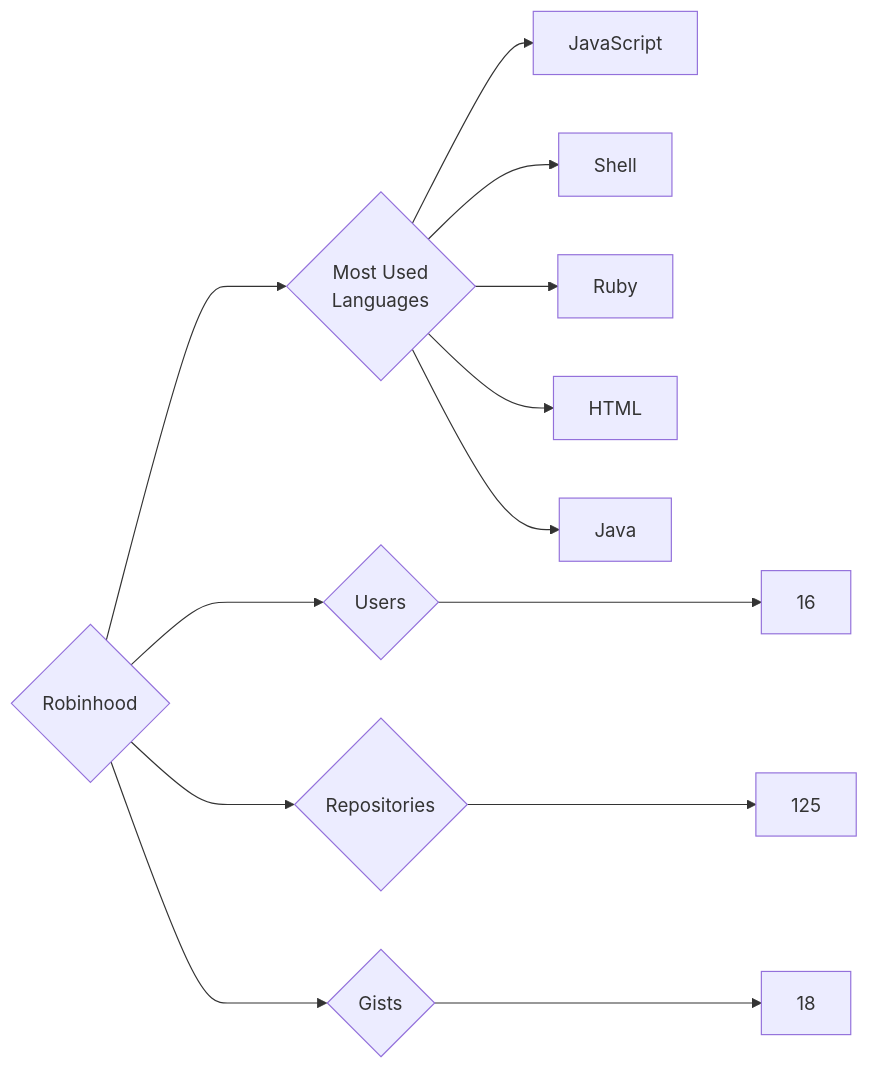
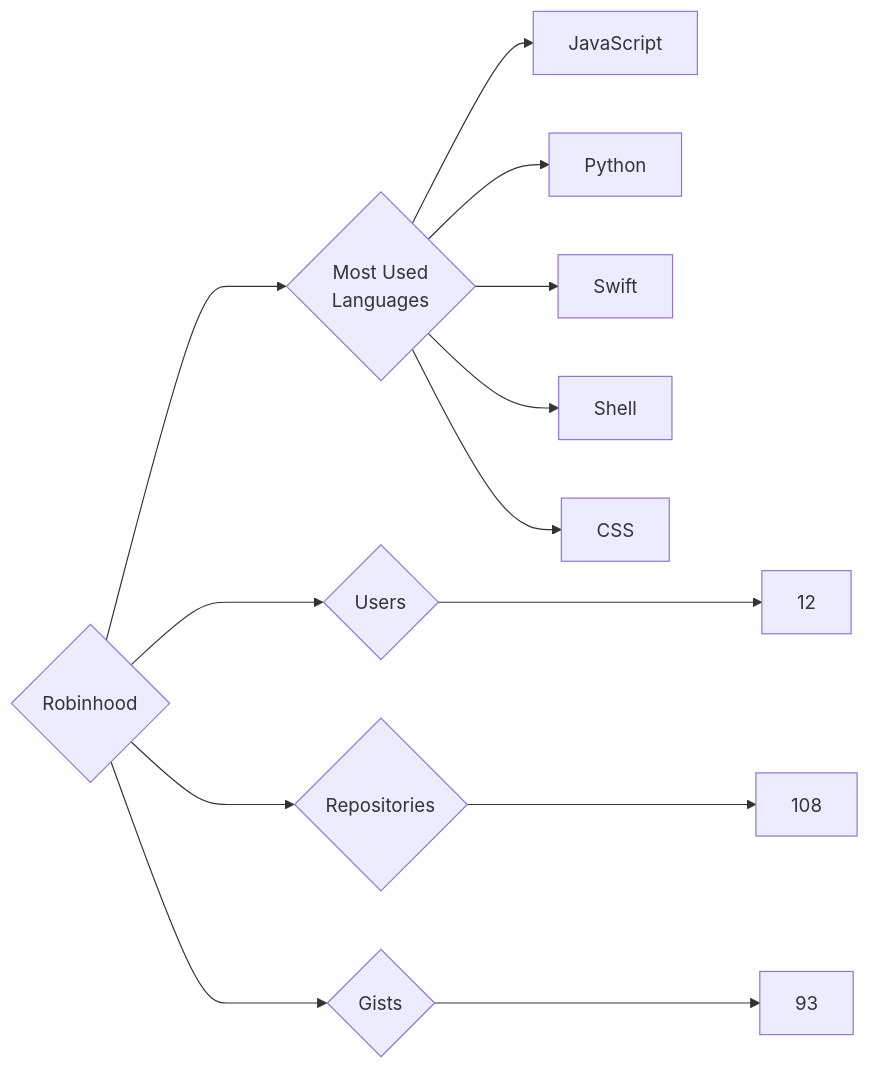
Before and after one commit to trickest/insiders: the diagram in targets/Robinhood/README.md, drawn with Mermaid. The commit also changed 1484 other files, not shown here.

````diff
--- a/targets/Robinhood/README.md
+++ b/targets/Robinhood/README.md
@@ -3,13 +3,13 @@
 ```mermaid
 graph LR
 COMPANY_NAME{Robinhood}
-COMPANY_NAME ---> U{Users} ---> UN[16]
-COMPANY_NAME ---> R{Repositories} ---> RN[125]
-COMPANY_NAME ---> G{Gists} ---> GN[18]
+COMPANY_NAME ---> U{Users} ---> UN[12]
+COMPANY_NAME ---> R{Repositories} ---> RN[108]
+COMPANY_NAME ---> G{Gists} ---> GN[93]
 COMPANY_NAME ---> ML{Most Used<br>Languages}
 ML --> JavaScript[JavaScript]
+ML --> Python[Python]
+ML --> Swift[Swift]
 ML --> Shell[Shell]
-ML --> Ruby[Ruby]
-ML --> HTML[HTML]
-ML --> Java[Java]
+ML --> CSS[CSS]
 ```
````
